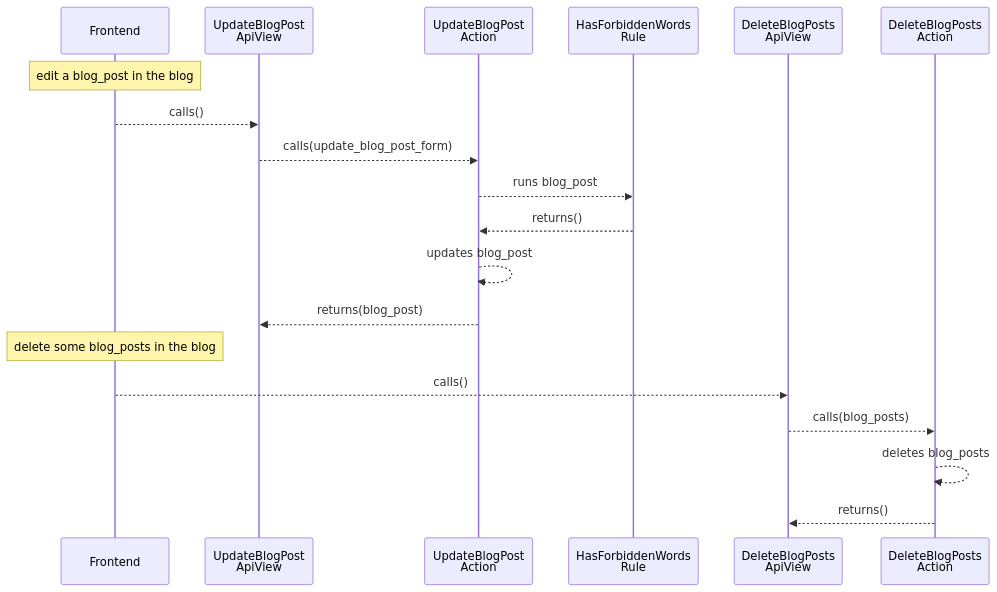
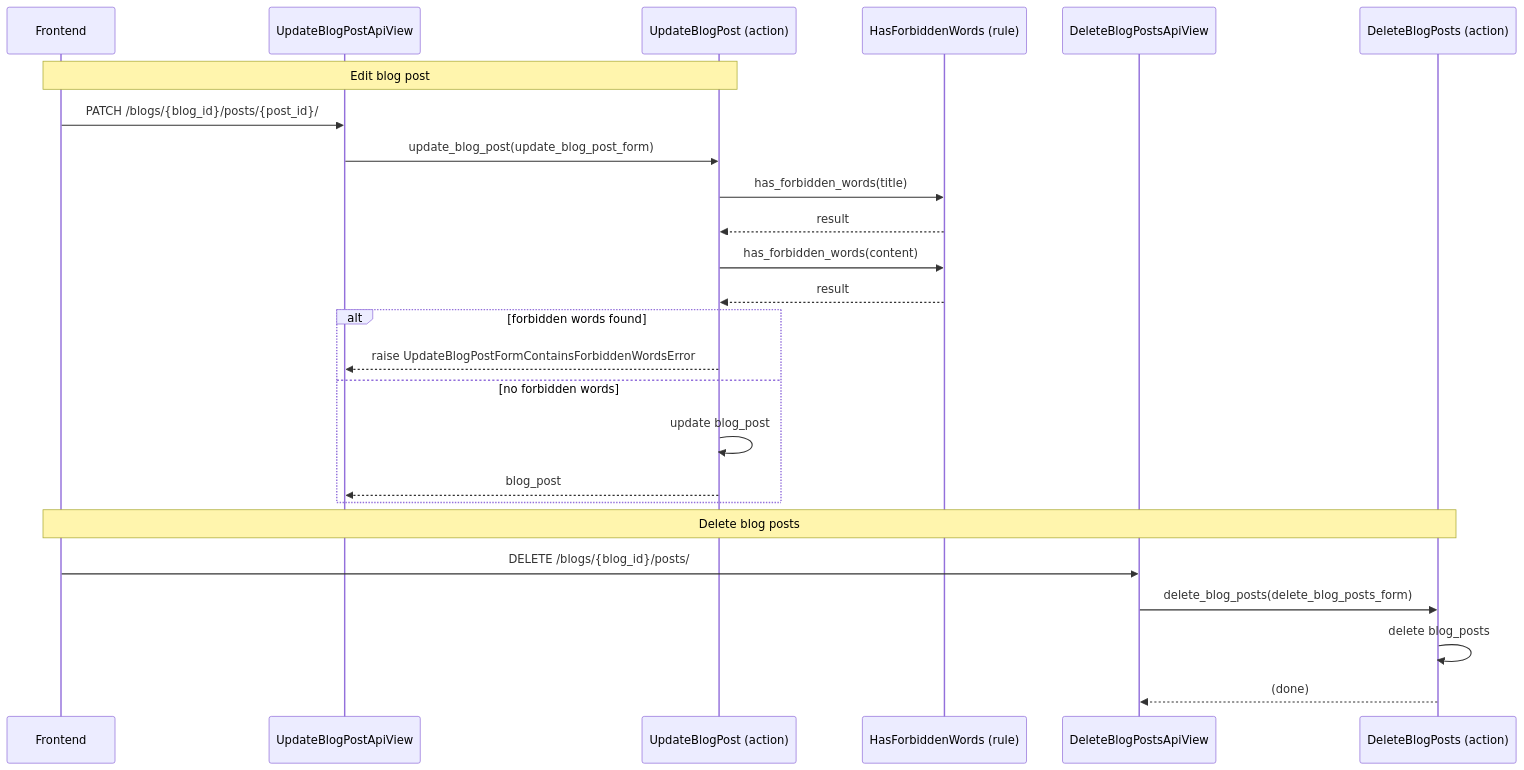
The diagram in extra/prompts/examples/blogs/src/services/blogs_be/doc/spec/scenarios/ms3_a_user_edits_and_deletes_a_blog_post.md (mnieber/mn-prompts), drawn with Mermaid before and after one commit. The commit also changed other lines of this file and 8 other files, not shown here.

````diff
--- a/extra/prompts/examples/blogs/src/services/blogs_be/doc/spec/scenarios/ms3_a_user_edits_and_deletes_a_blog_post.md
+++ b/extra/prompts/examples/blogs/src/services/blogs_be/doc/spec/scenarios/ms3_a_user_edits_and_deletes_a_blog_post.md
@@ -7,25 +29,30 @@
 ```mermaid
 sequenceDiagram
-    participant Frontend as Frontend
-    participant UpdateBlogPostApiView as UpdateBlogPost<br/>ApiView
-    participant UpdateBlogPostAction as UpdateBlogPost<br/>Action
-    participant HasForbiddenWordsRule as HasForbiddenWords<br/>Rule
-    participant DeleteBlogPostsApiView as DeleteBlogPosts<br/>ApiView
-    participant DeleteBlogPostsAction as DeleteBlogPosts<br/>Action
+    participant Frontend
+    participant UBPAV as UpdateBlogPostApiView
+    participant UBPA as UpdateBlogPost (action)
+    participant HFW as HasForbiddenWords (rule)
+    participant DBPAV as DeleteBlogPostsApiView
+    participant DBPA as DeleteBlogPosts (action)
 
-    # 🔳 Edit Blog Post
-    note over Frontend: edit a blog_post in the blog
-    Frontend -->> UpdateBlogPostApiView: calls()
-    UpdateBlogPostApiView -->> UpdateBlogPostAction: calls(update_blog_post_form)
-    UpdateBlogPostAction -->> HasForbiddenWordsRule: runs blog_post
-    HasForbiddenWordsRule -->> UpdateBlogPostAction: returns()
-    UpdateBlogPostAction -->> UpdateBlogPostAction: updates blog_post
-    UpdateBlogPostAction -->> UpdateBlogPostApiView: returns(blog_post)
+    Note over Frontend,UBPA: Edit blog post
+    Frontend->>UBPAV: PATCH /blogs/{blog_id}/posts/{post_id}/
+    UBPAV->>UBPA: update_blog_post(update_blog_post_form)
+    UBPA->>HFW: has_forbidden_words(title)
+    HFW-->>UBPA: result
+    UBPA->>HFW: has_forbidden_words(content)
+    HFW-->>UBPA: result
 
-    # 🔳 Delete Blog Posts
-    note over Frontend: delete some blog_posts in the blog
-    Frontend -->> DeleteBlogPostsApiView: calls()
-    DeleteBlogPostsApiView -->> DeleteBlogPostsAction: calls(blog_posts)
-    DeleteBlogPostsAction -->> DeleteBlogPostsAction: deletes blog_posts
-    DeleteBlogPostsAction -->> DeleteBlogPostsApiView: returns()
+    alt forbidden words found
+        UBPA-->>UBPAV: raise UpdateBlogPostFormContainsForbiddenWordsError
+    else no forbidden words
+        UBPA->>UBPA: update blog_post
+        UBPA-->>UBPAV: blog_post
+    end
+
+    Note over Frontend,DBPA: Delete blog posts
+    Frontend->>DBPAV: DELETE /blogs/{blog_id}/posts/
+    DBPAV->>DBPA: delete_blog_posts(delete_blog_posts_form)
+    DBPA->>DBPA: delete blog_posts
+    DBPA-->>DBPAV: (done)
 ```
````
